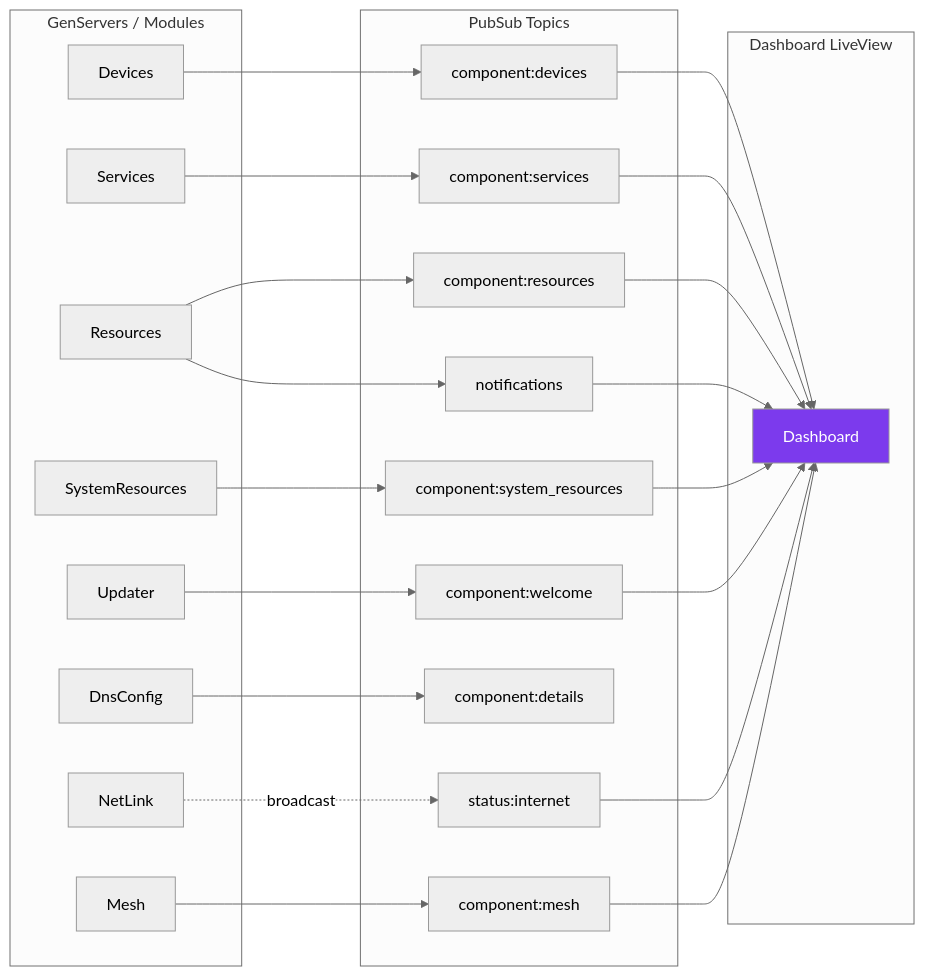
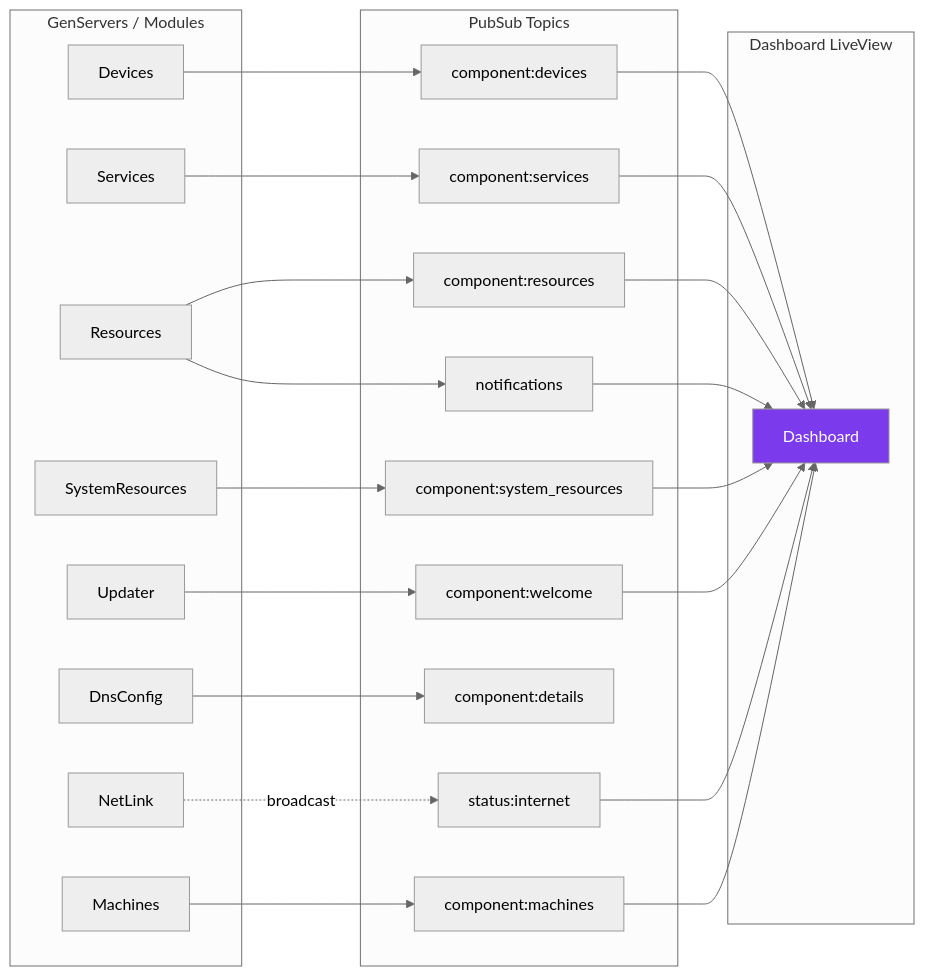
One commit to toreanjoel/tunneld changed the second of 2 diagrams in docs/supervision-tree.md. Above: the diagram before and after it, drawn with Mermaid (neutral theme). The commit also changed other lines of this file and 31 other files, not shown here.

Commit message:
feat: rationalize core around machines/incus control plane, schema modals, and lan domain dns

````diff
--- a/docs/supervision-tree.md
+++ b/docs/supervision-tree.md
@@ -68,41 +66,41 @@
 ```mermaid
 graph LR
     subgraph GenServers / Modules
         DEV[Devices]
         SVC[Services]
         RES[Resources]
         SR[SystemResources]
         UPD[Updater]
         DNS_CFG[DnsConfig]
         NETLINK[NetLink]
-        MESH[Mesh]
+        MACH[Machines]
     end
 
     subgraph PubSub Topics
         CD[component:devices]
         CS[component:services]
         CR[component:resources]
         CSR[component:system_resources]
         CDT[component:details]
         CW[component:welcome]
         SI[status:internet]
         NT[notifications]
-        CM[component:mesh]
+        CM[component:machines]
     end
 
     subgraph Dashboard LiveView
         DLV[Dashboard]
     end
 
     DEV --> CD --> DLV
     SVC --> CS --> DLV
     RES --> CR --> DLV
     SR --> CSR --> DLV
     UPD --> CW --> DLV
     DNS_CFG --> CDT
     NETLINK -.broadcast.-> SI --> DLV
     RES --> NT --> DLV
-    MESH --> CM --> DLV
+    MACH --> CM --> DLV
 
     style DLV fill:#7c3aed,color:#fff
 ```
````
